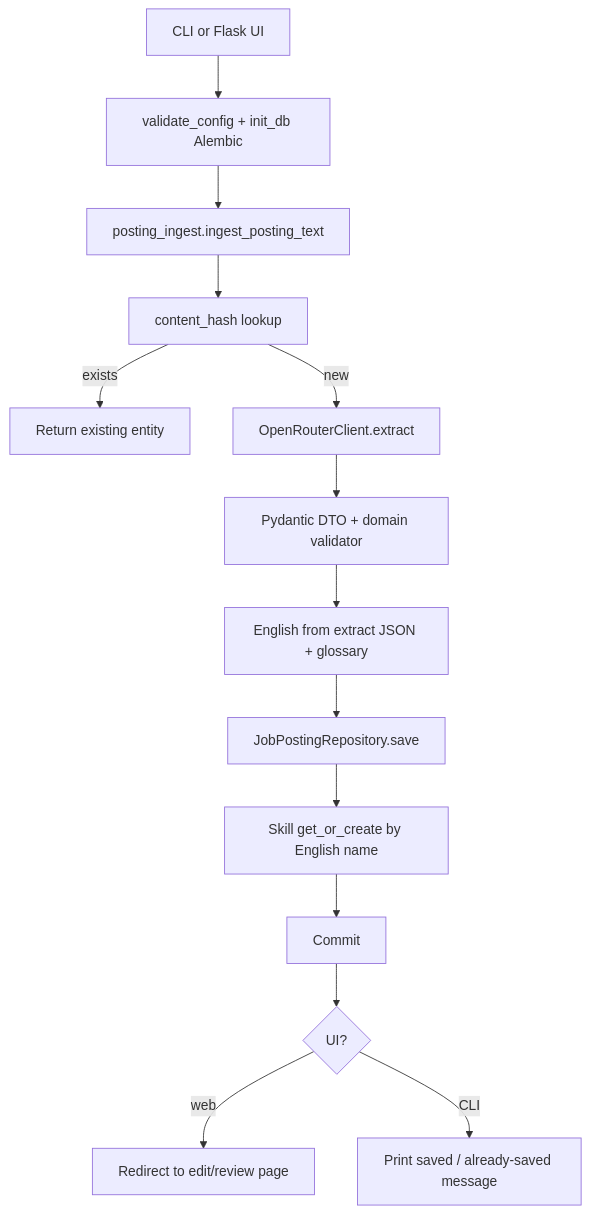
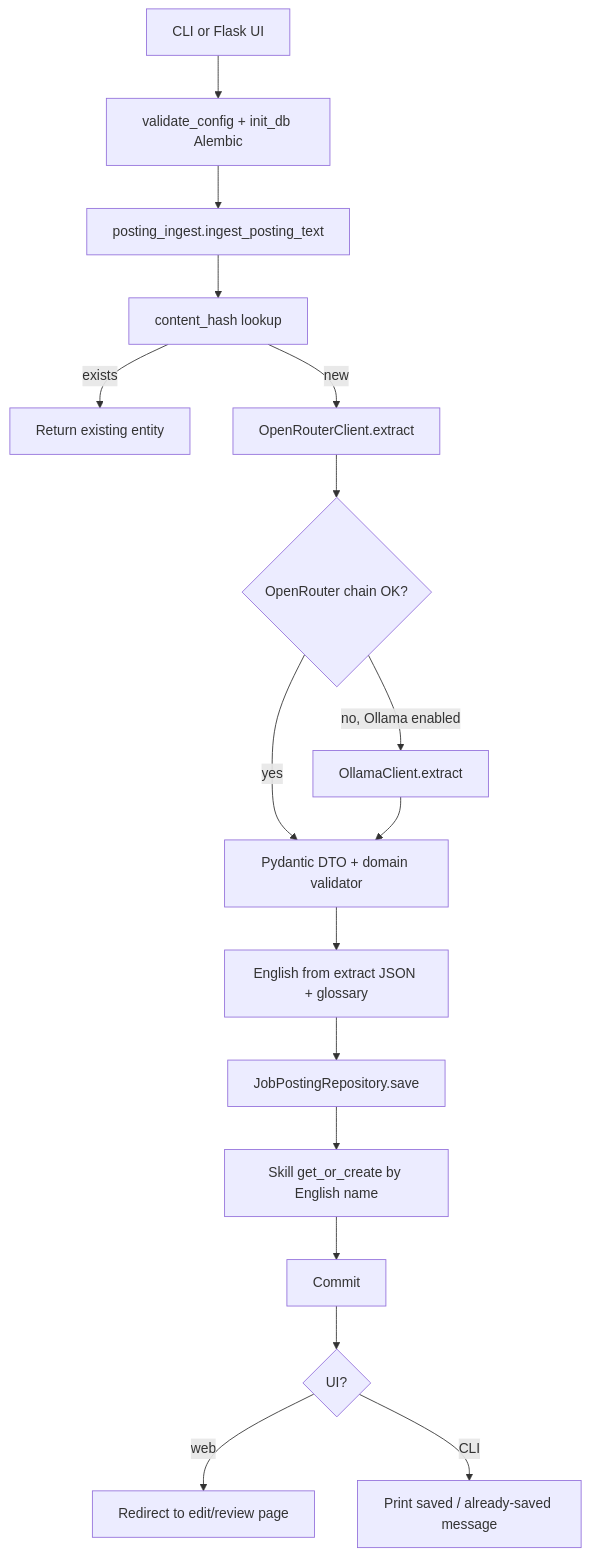
The diagram in PROJECT_SUMMARY.md (kvalge/data-jobs-forecasting-ai-app), drawn with Mermaid before and after one commit. The commit also changed other lines of this file and 6 other files, not shown here.

````diff
--- a/PROJECT_SUMMARY.md
+++ b/PROJECT_SUMMARY.md
@@ -156,16 +157,19 @@
 ```mermaid
 flowchart TD
     A[CLI or Flask UI] --> B[validate_config + init_db Alembic]
     B --> C[posting_ingest.ingest_posting_text]
     C --> D[content_hash lookup]
     D -->|exists| E[Return existing entity]
     D -->|new| F[OpenRouterClient.extract]
-    F --> G[Pydantic DTO + domain validator]
+    F --> F1{OpenRouter chain OK?}
+    F1 -->|yes| G[Pydantic DTO + domain validator]
+    F1 -->|no, Ollama enabled| F2[OllamaClient.extract]
+    F2 --> G
     G --> H[English from extract JSON + glossary]
     H --> I[JobPostingRepository.save]
     I --> J[Skill get_or_create by English name]
     J --> K[Commit]
     K --> L{UI?}
     L -->|web| M[Redirect to edit/review page]
     L -->|CLI| N[Print saved / already-saved message]
 ```
````
